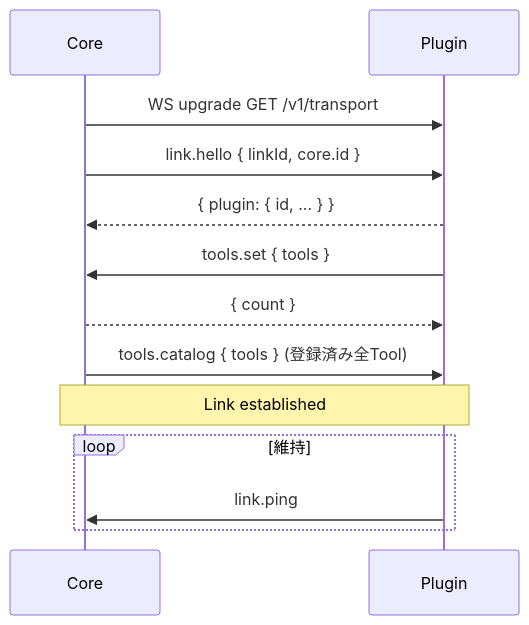
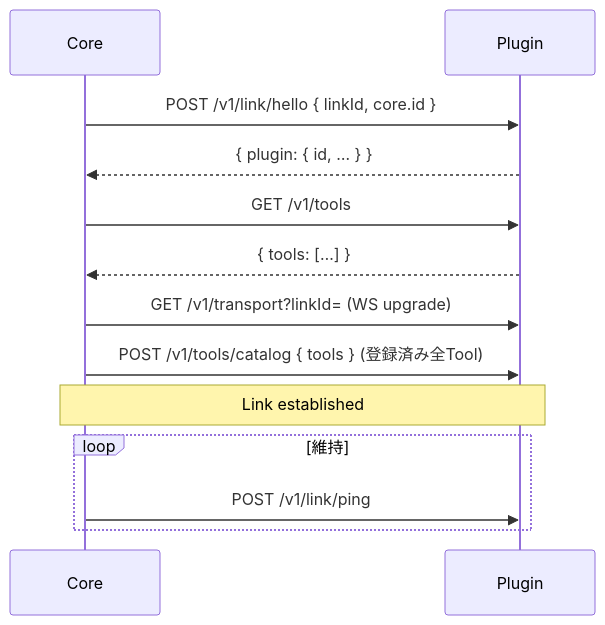
One commit to naatin777/plugumi changed the second of 2 diagrams in docs/contracts/00001-core-plugin-transport.md. Above: the diagram before and after it, drawn with Mermaid. The commit also changed other lines of this file and 23 other files, not shown here.

````diff
--- a/docs/contracts/00001-core-plugin-transport.md
+++ b/docs/contracts/00001-core-plugin-transport.md
@@ -92,16 +155,16 @@
 ```mermaid
 sequenceDiagram
     participant Core
     participant Plugin
 
-    Core->>Plugin: WS upgrade GET /v1/transport
-    Core->>Plugin: link.hello { linkId, core.id }
-    Plugin-->>Core: { plugin: { id, ... } }
-    Plugin->>Core: tools.set { tools }
-    Core-->>Plugin: { count }
-    Core->>Plugin: tools.catalog { tools } (登録済み全Tool)
+    Core->>Plugin: POST /v1/link/hello { linkId, core.id }
+    Plugin-->>Core: { plugin: { id, … } }
+    Core->>Plugin: GET /v1/tools
+    Plugin-->>Core: { tools: […] }
+    Core->>Plugin: GET /v1/transport?linkId= (WS upgrade)
+    Core->>Plugin: POST /v1/tools/catalog { tools } (登録済み全Tool)
     Note over Core,Plugin: Link established
     loop 維持
-        Plugin->>Core: link.ping
+        Core->>Plugin: POST /v1/link/ping
     end
 ```
````
